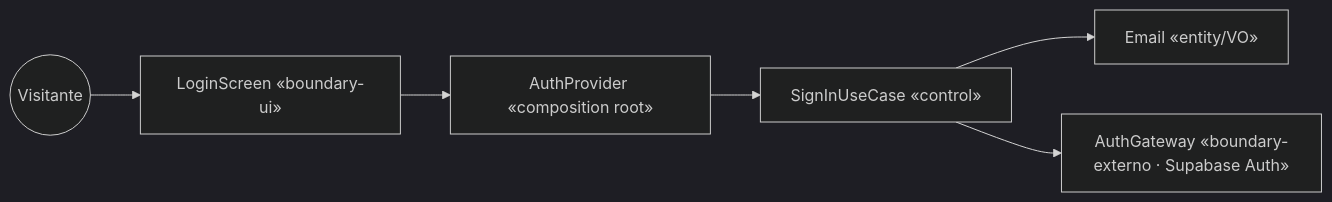
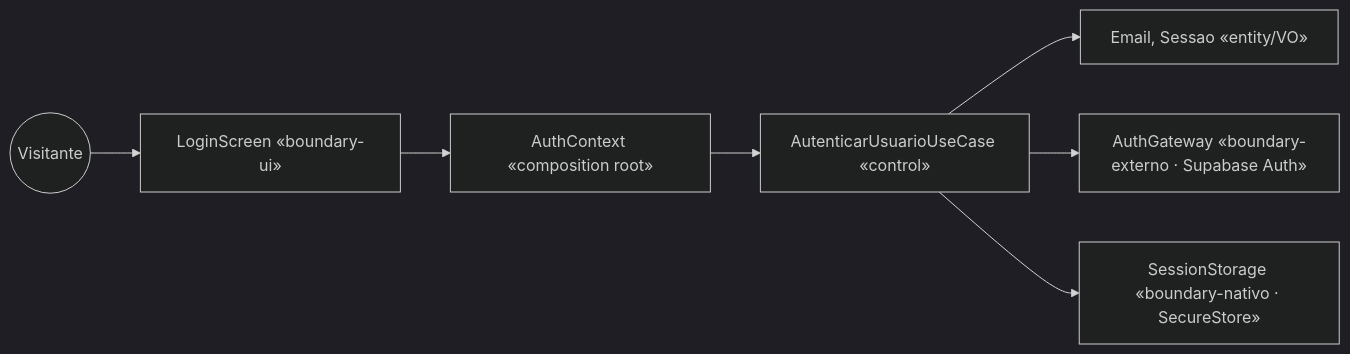
One commit to Pexiss-18/PX-Gym changed the fifth of 5 diagrams in docs/06-fronteira-controle-entidade.md. Above: the diagram before and after it, drawn with Mermaid (dark theme). The commit also changed other lines of this file and 20 other files, not shown here.

````diff
--- a/docs/06-fronteira-controle-entidade.md
+++ b/docs/06-fronteira-controle-entidade.md
@@ -71,15 +132,17 @@
 ```mermaid
 flowchart LR
     Ator((Visitante))
     B["LoginScreen «boundary-ui»"]
-    Ctx["AuthProvider «composition root»"]
-    C["SignInUseCase «control»"]
-    E["Email «entity/VO»"]
+    Ctx["AuthContext «composition root»"]
+    C["AutenticarUsuarioUseCase «control»"]
+    E["Email, Sessao «entity/VO»"]
     A["AuthGateway «boundary-externo · Supabase Auth»"]
+    S["SessionStorage «boundary-nativo · SecureStore»"]
 
     Ator --> B
     B --> Ctx
     Ctx --> C
     C --> E
     C --> A
+    C --> S
 ```
````
